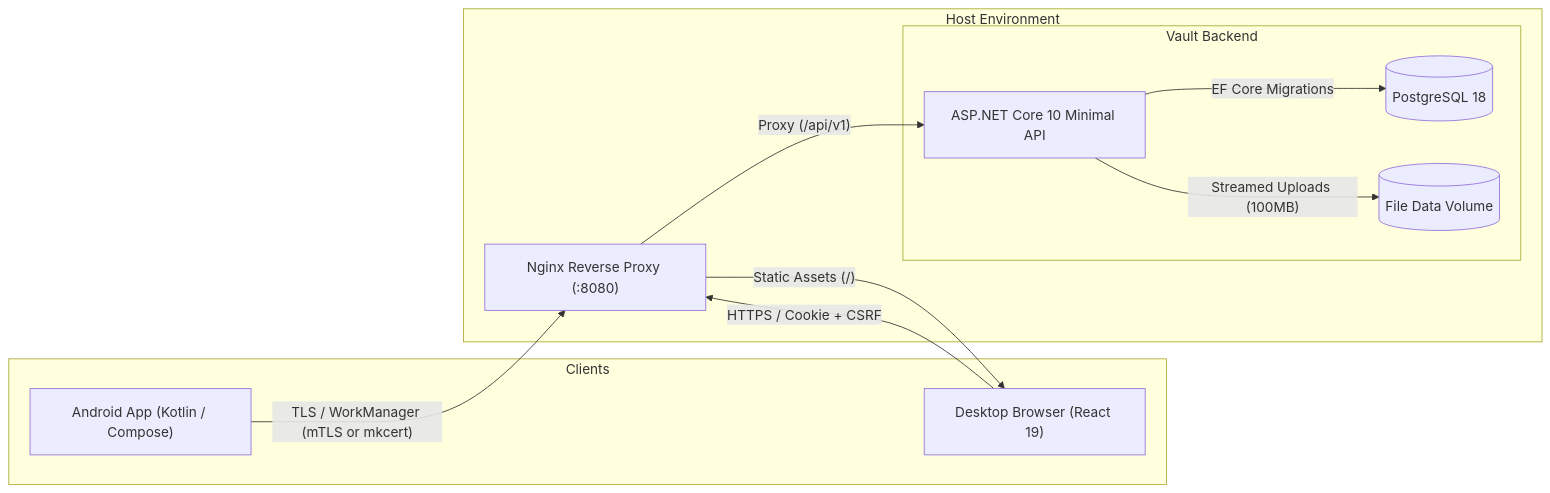
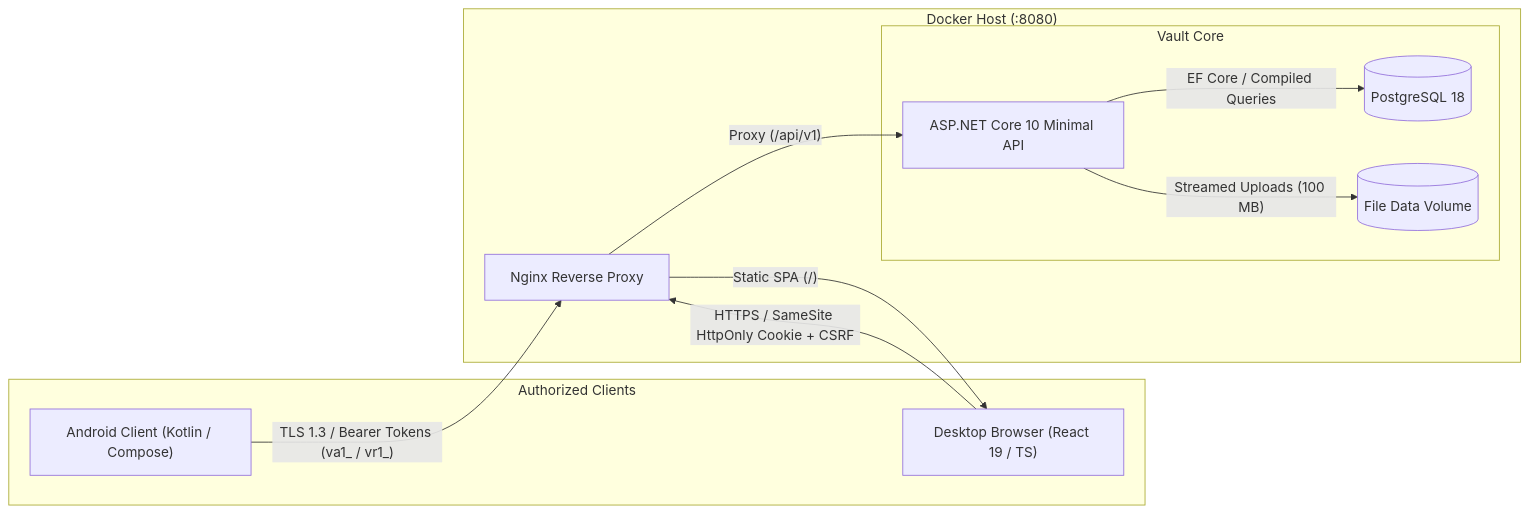
The diagram in README.md (axewhyzed/vault), drawn with Mermaid before and after one commit. The commit also changed other lines of this file and 29 other files, not shown here.

Commit message:
feat: complete Vault v2 UI/UX overhaul across web, android, and docs

````diff
--- a/README.md
+++ b/README.md
@@ -90,24 +111,24 @@
 ```mermaid
 flowchart LR
-    subgraph Client["Clients"]
-        Android["Android App (Kotlin / Compose)"]
-        Browser["Desktop Browser (React 19)"]
+    subgraph Clients["Authorized Clients"]
+        Android["Android Client (Kotlin / Compose)"]
+        Browser["Desktop Browser (React 19 / TS)"]
     end
 
-    subgraph Host["Host Environment"]
-        Nginx["Nginx Reverse Proxy (:8080)"]
+    subgraph Host["Docker Host (:8080)"]
+        Nginx["Nginx Reverse Proxy"]
 
-        subgraph Backend["Vault Backend"]
+        subgraph Backend["Vault Core"]
             API["ASP.NET Core 10 Minimal API"]
             DB[("PostgreSQL 18")]
             Storage[("File Data Volume")]
         end
     end
 
-    Android -->|"TLS / WorkManager (mTLS or mkcert)"| Nginx
-    Browser -->|"HTTPS / Cookie + CSRF"| Nginx
+    Android -->|"TLS 1.3 / Bearer Tokens (va1_ / vr1_)"| Nginx
+    Browser -->|"HTTPS / SameSite HttpOnly Cookie + CSRF"| Nginx
     Nginx -->|"Proxy (/api/v1)"| API
-    Nginx -->|"Static Assets (/)"| Browser
-    API -->|"EF Core Migrations"| DB
-    API -->|"Streamed Uploads (100MB)"| Storage
+    Nginx -->|"Static SPA (/)"| Browser
+    API -->|"EF Core / Compiled Queries"| DB
+    API -->|"Streamed Uploads (100 MB)"| Storage
 ```
````
